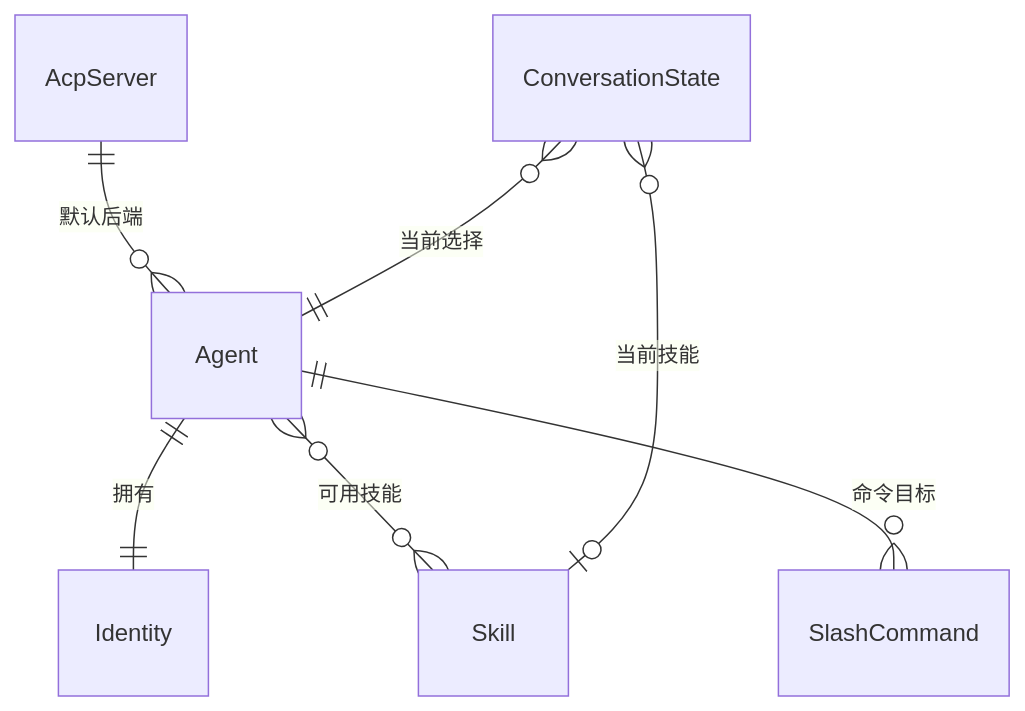
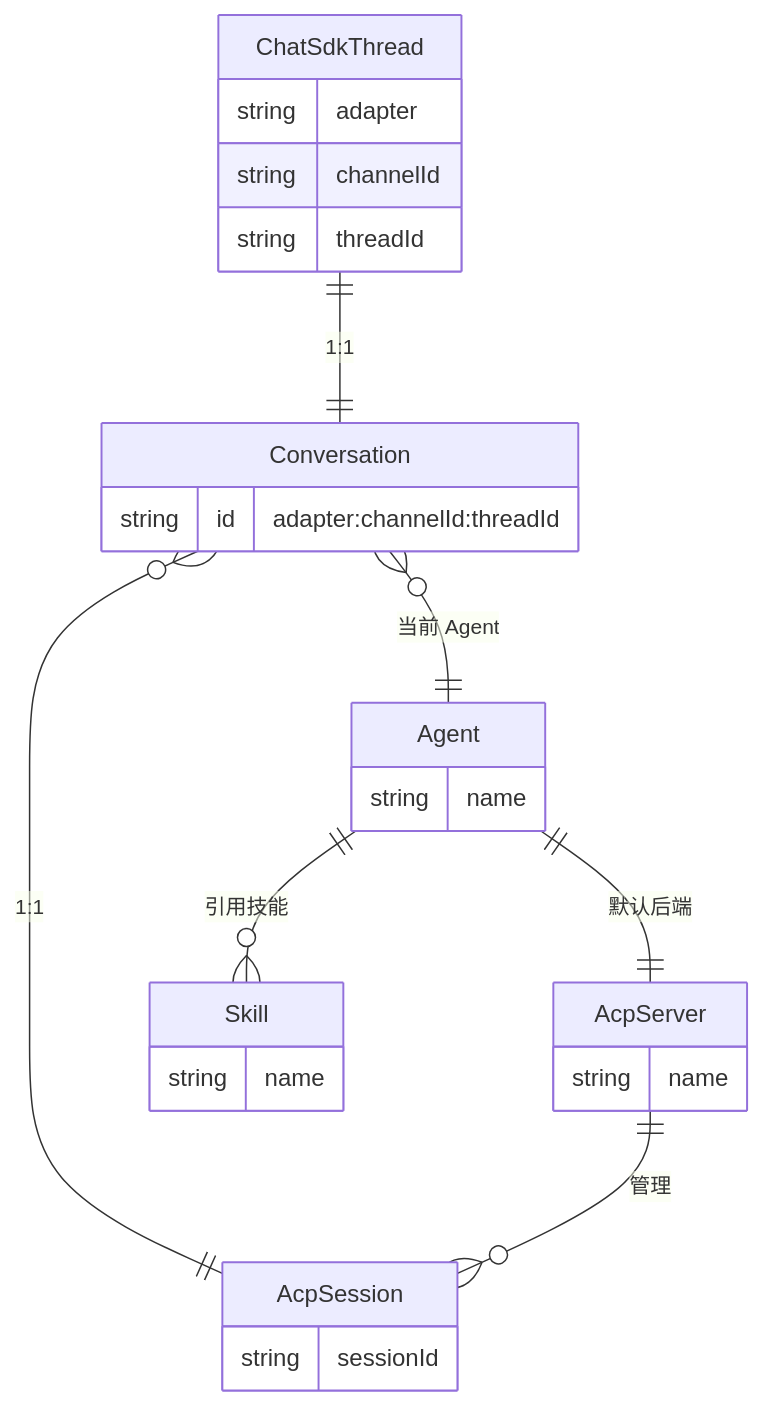
Before and after one commit to zhuxining/agentlink: the third of 3 diagrams in docs/architecture.md, drawn with Mermaid. The commit also changed other lines of this file and 2 other files, not shown here.

First line of the commit message:
docs: 全面重构架构文档和产品蓝图

````diff
--- a/docs/architecture.md
+++ b/docs/architecture.md
@@ -156,9 +268,30 @@
 ```mermaid
 erDiagram
-    Agent ||--|| Identity : "拥有"
-    Agent }o--o{ Skill : "可用技能"
-    AcpServer ||--o{ Agent : "默认后端"
-    Agent ||--o{ SlashCommand : "命令目标"
-    ConversationState }o--|| Agent : "当前选择"
-    ConversationState }o--o| Skill : "当前技能"
+    ChatSdkThread ||--|| Conversation : "1:1"
+    Conversation }o--|| AcpSession : "1:1"
+    Conversation }o--|| Agent : "当前 Agent"
+    Agent ||--o{ Skill : "引用技能"
+    Agent ||--|| AcpServer : "默认后端"
+    AcpServer ||--o{ AcpSession : "管理"
+
+    ChatSdkThread {
+        string adapter
+        string channelId
+        string threadId
+    }
+    Conversation {
+        string id "adapter:channelId:threadId"
+    }
+    AcpSession {
+        string sessionId
+    }
+    Agent {
+        string name
+    }
+    Skill {
+        string name
+    }
+    AcpServer {
+        string name
+    }
 ```
````
